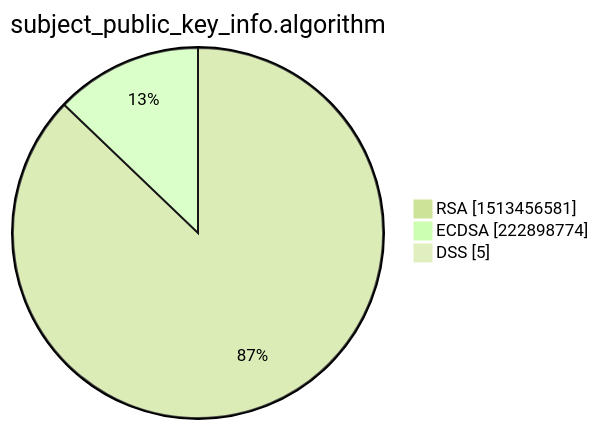
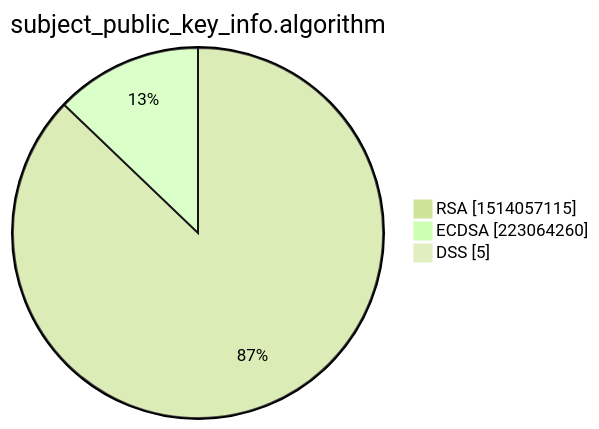
The third of 15 diagrams in xenon2022/README.md (christiankrug/ctmonitor_visualization), drawn with Mermaid (forest theme) before and after one commit. The commit also changed other lines of this file, not shown here.

````diff
--- a/xenon2022/README.md
+++ b/xenon2022/README.md
@@ -14,7 +14,7 @@
 ```mermaid
 pie showData
 title subject_public_key_info.algorithm
-"RSA" :1513456581
-"ECDSA" :222898774
+"RSA" :1514057115
+"ECDSA" :223064260
 "DSS" :5
 ```
````
